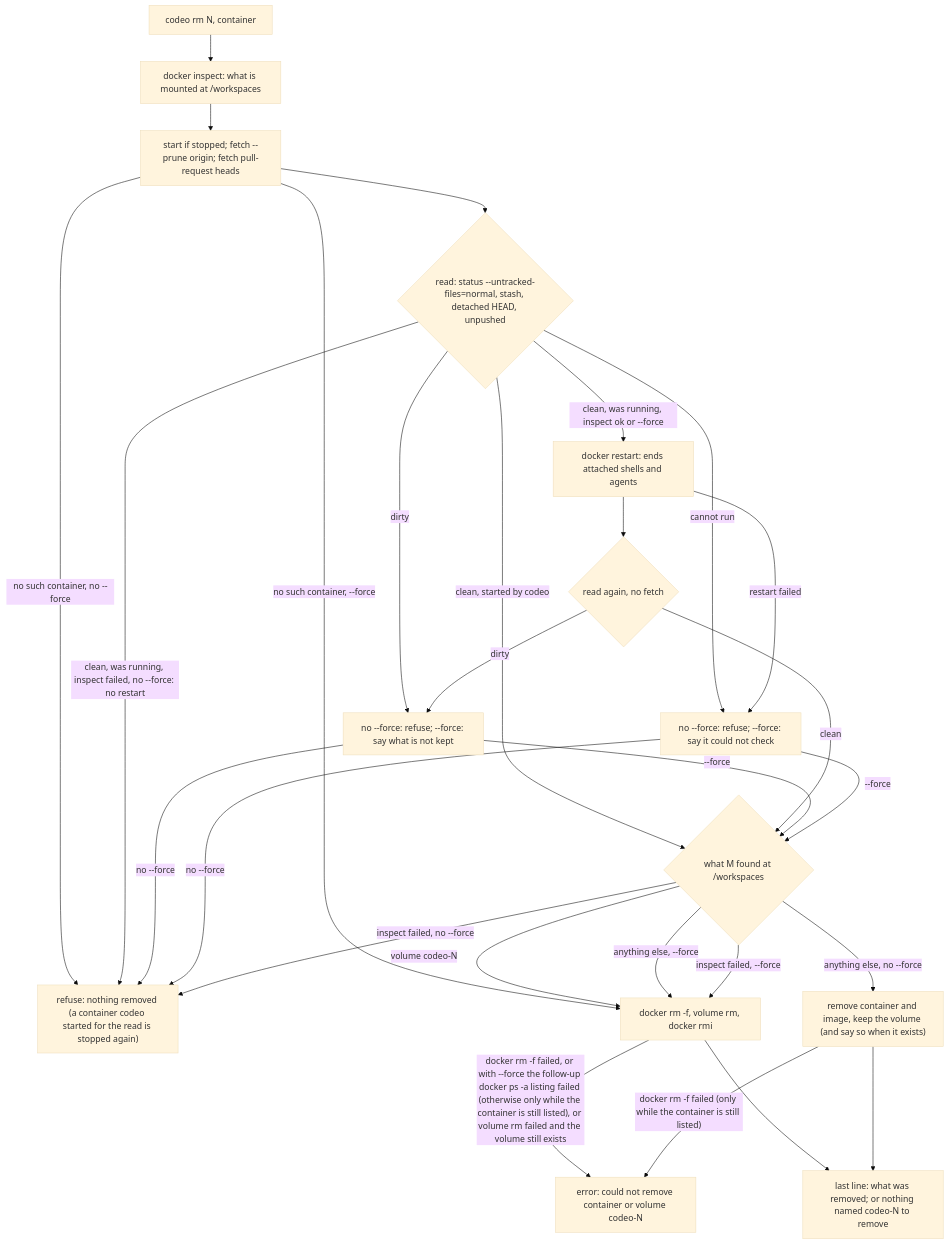
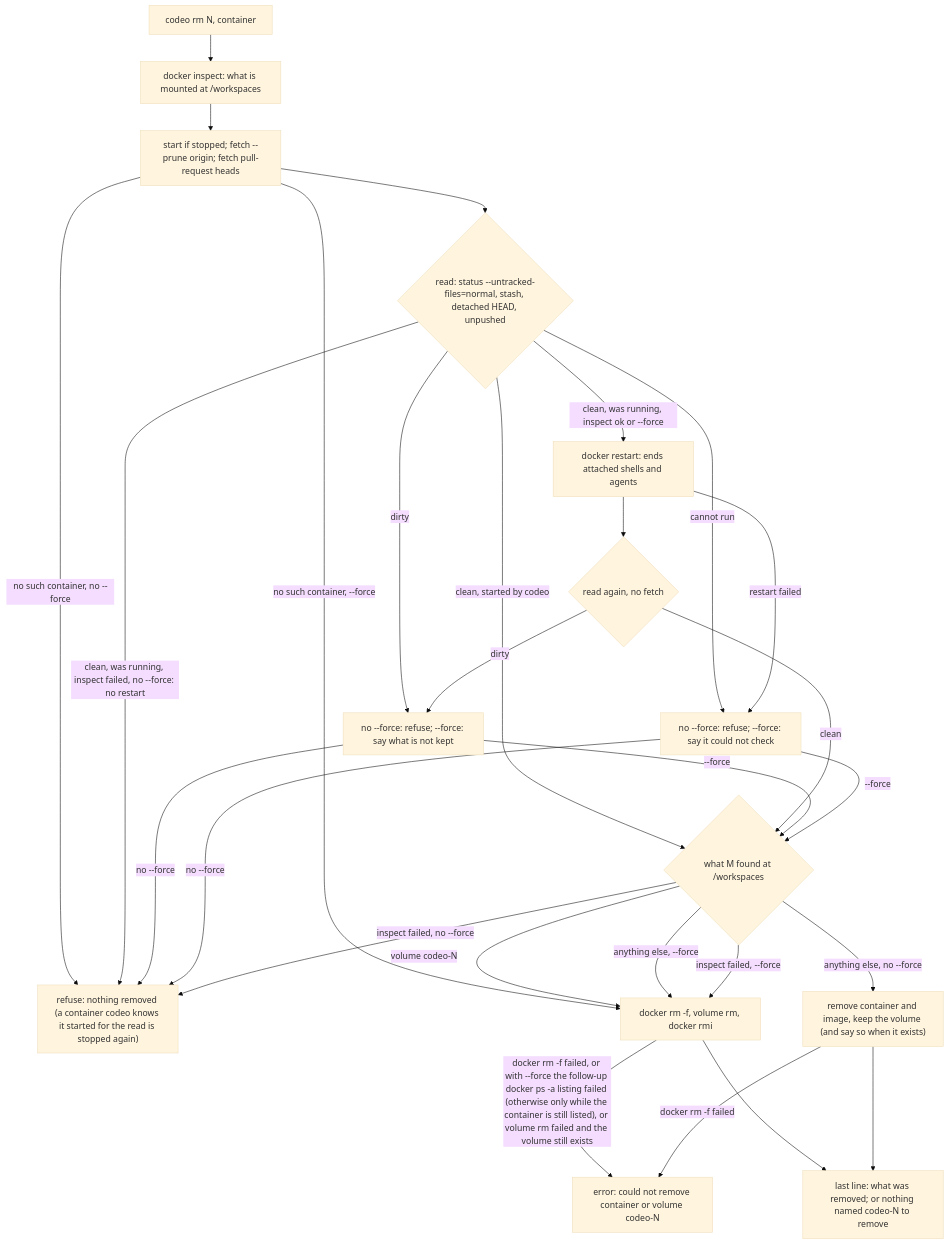
The second of 3 diagrams in .devcontainer/README.md (kbajpai/codeo), drawn with Mermaid (base theme) before and after one commit.

Commit message:
Fix the H edge and node Q labels in the removal flowchart
Answers qc round 1 F1 and F2 of #161: H is reached only without --force, so
its label drops the listing clause; Q says a container codeo knows it
started is stopped again.

Refs #161

Claude-Session: https://claude.ai/code/session_01Sa1Zqe38ozSp8T3AtTqLHd

````diff
--- a/.devcontainer/README.md
+++ b/.devcontainer/README.md
@@ -195,30 +195,30 @@
 ```mermaid
 flowchart TD
     A["codeo rm N, container"] --> M["docker inspect: what is mounted at /workspaces"]
     M --> B["start if stopped; fetch --prune origin; fetch pull-request heads"]
-    B -- "no such container, no --force" --> Q["refuse: nothing removed (a container codeo started for the read is stopped again)"]
+    B -- "no such container, no --force" --> Q["refuse: nothing removed (a container codeo knows it started for the read is stopped again)"]
     B -- "no such container, --force" --> G
     B --> C{"read: status --untracked-files=normal, stash, detached HEAD, unpushed"}
     C -- "dirty" --> R["no --force: refuse; --force: say what is not kept"]
     C -- "cannot run" --> X["no --force: refuse; --force: say it could not check"]
     C -- "clean, started by codeo" --> F
     C -- "clean, was running, inspect failed, no --force: no restart" --> Q
     C -- "clean, was running, inspect ok or --force" --> D["docker restart: ends attached shells and agents"]
     D -- "restart failed" --> X
     D --> E{"read again, no fetch"}
     E -- "dirty" --> R
     E -- "clean" --> F{"what M found at /workspaces"}
     R -- "--force" --> F
     X -- "--force" --> F
     R -- "no --force" --> Q
     X -- "no --force" --> Q
     F -- "volume codeo-N" --> G["docker rm -f, volume rm, docker rmi"]
     F -- "anything else, --force" --> G
     F -- "anything else, no --force" --> H["remove container and image, keep the volume (and say so when it exists)"]
     F -- "inspect failed, --force" --> G
     F -- "inspect failed, no --force" --> Q
     G -- "docker rm -f failed, or with --force the follow-up docker ps -a listing failed (otherwise only while the container is still listed), or volume rm failed and the volume still exists" --> Y["error: could not remove container or volume codeo-N"]
-    H -- "docker rm -f failed (only while the container is still listed)" --> Y
+    H -- "docker rm -f failed" --> Y
     G --> Z["last line: what was removed; or nothing named codeo-N to remove"]
     H --> Z
 ```
````
